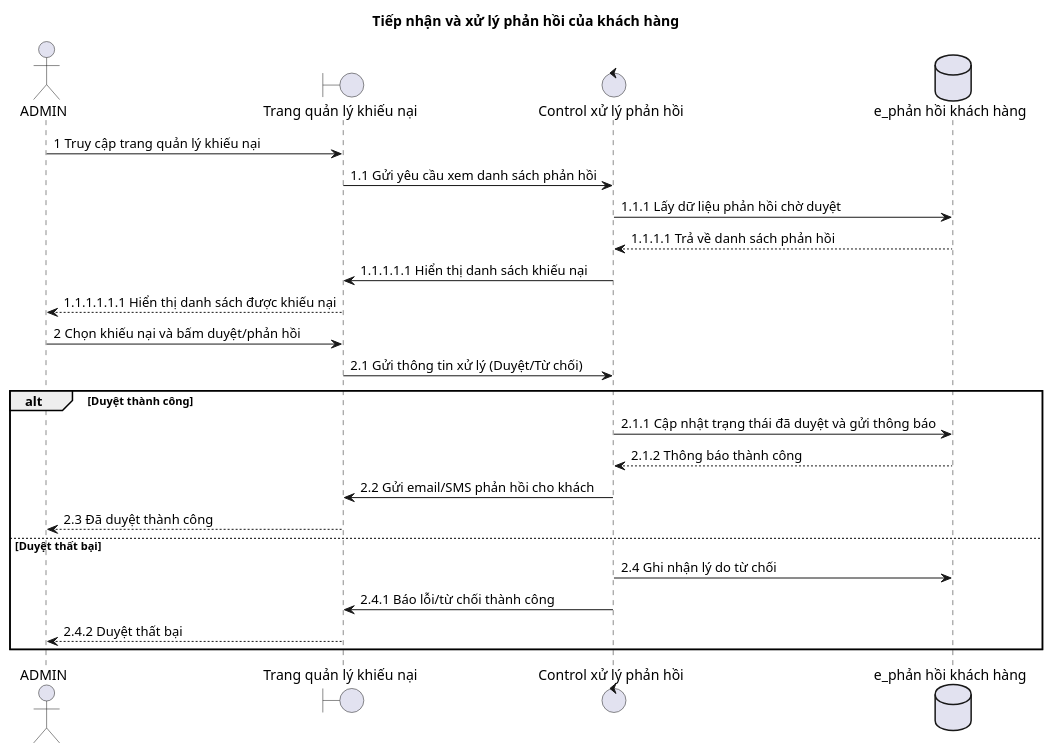
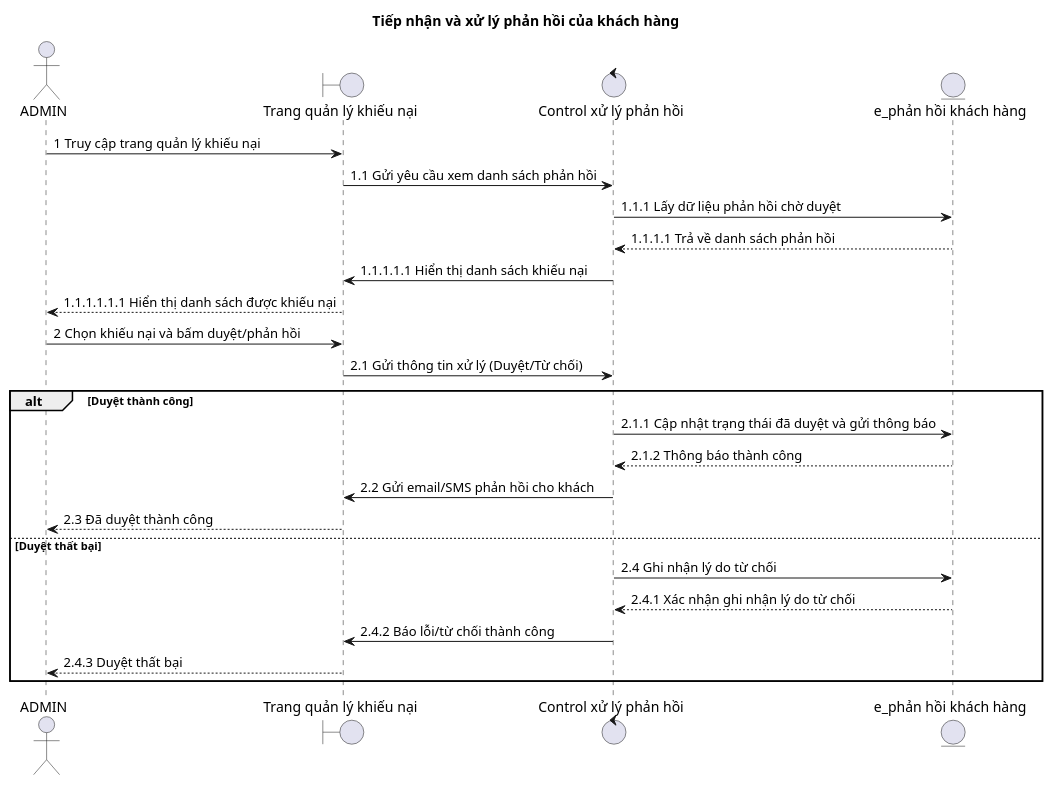
The diagram in docs/diagrams/sequence/preview/01-feedback-handling.puml (duygri/do-an-htttdn-crm), drawn with PlantUML before and after one commit. The commit also changed 9 other files, not shown here.

Commit message:
docs: align PlantUML BCE notation

```diff
--- a/docs/diagrams/sequence/preview/01-feedback-handling.puml
+++ b/docs/diagrams/sequence/preview/01-feedback-handling.puml
@@ -1,29 +1,30 @@
 @startuml
 title Tiếp nhận và xử lý phản hồi của khách hàng
 
 actor ADMIN as Admin
 boundary "Trang quản lý khiếu nại" as Boundary
 control "Control xử lý phản hồi" as Control
-database "e_phản hồi khách hàng" as Entity
+entity "e_phản hồi khách hàng" as Entity
 
 Admin -> Boundary: 1 Truy cập trang quản lý khiếu nại
 Boundary -> Control: 1.1 Gửi yêu cầu xem danh sách phản hồi
 Control -> Entity: 1.1.1 Lấy dữ liệu phản hồi chờ duyệt
 Entity --> Control: 1.1.1.1 Trả về danh sách phản hồi
 Control -> Boundary: 1.1.1.1.1 Hiển thị danh sách khiếu nại
 Boundary --> Admin: 1.1.1.1.1.1 Hiển thị danh sách được khiếu nại
 
 Admin -> Boundary: 2 Chọn khiếu nại và bấm duyệt/phản hồi
 Boundary -> Control: 2.1 Gửi thông tin xử lý (Duyệt/Từ chối)
 
 alt Duyệt thành công
   Control -> Entity: 2.1.1 Cập nhật trạng thái đã duyệt và gửi thông báo
   Entity --> Control: 2.1.2 Thông báo thành công
   Control -> Boundary: 2.2 Gửi email/SMS phản hồi cho khách
   Boundary --> Admin: 2.3 Đã duyệt thành công
 else Duyệt thất bại
   Control -> Entity: 2.4 Ghi nhận lý do từ chối
-  Control -> Boundary: 2.4.1 Báo lỗi/từ chối thành công
-  Boundary --> Admin: 2.4.2 Duyệt thất bại
+  Entity --> Control: 2.4.1 Xác nhận ghi nhận lý do từ chối
+  Control -> Boundary: 2.4.2 Báo lỗi/từ chối thành công
+  Boundary --> Admin: 2.4.3 Duyệt thất bại
 end
 @enduml
```
